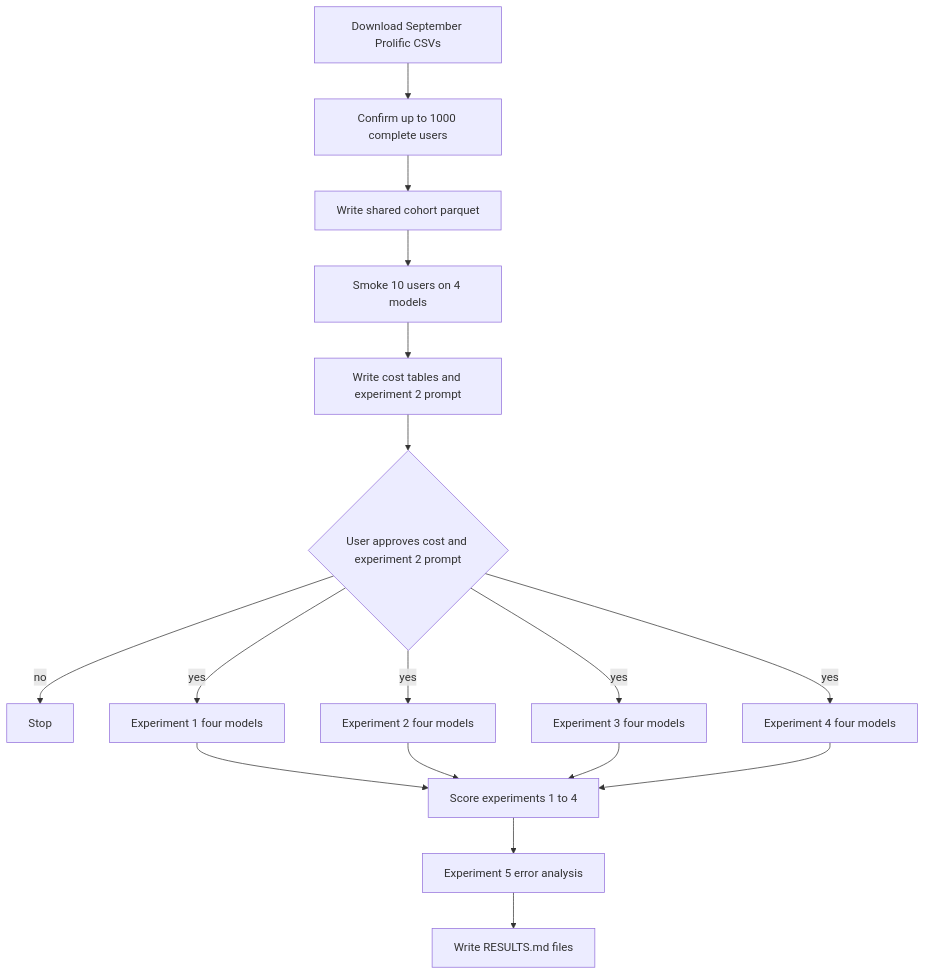
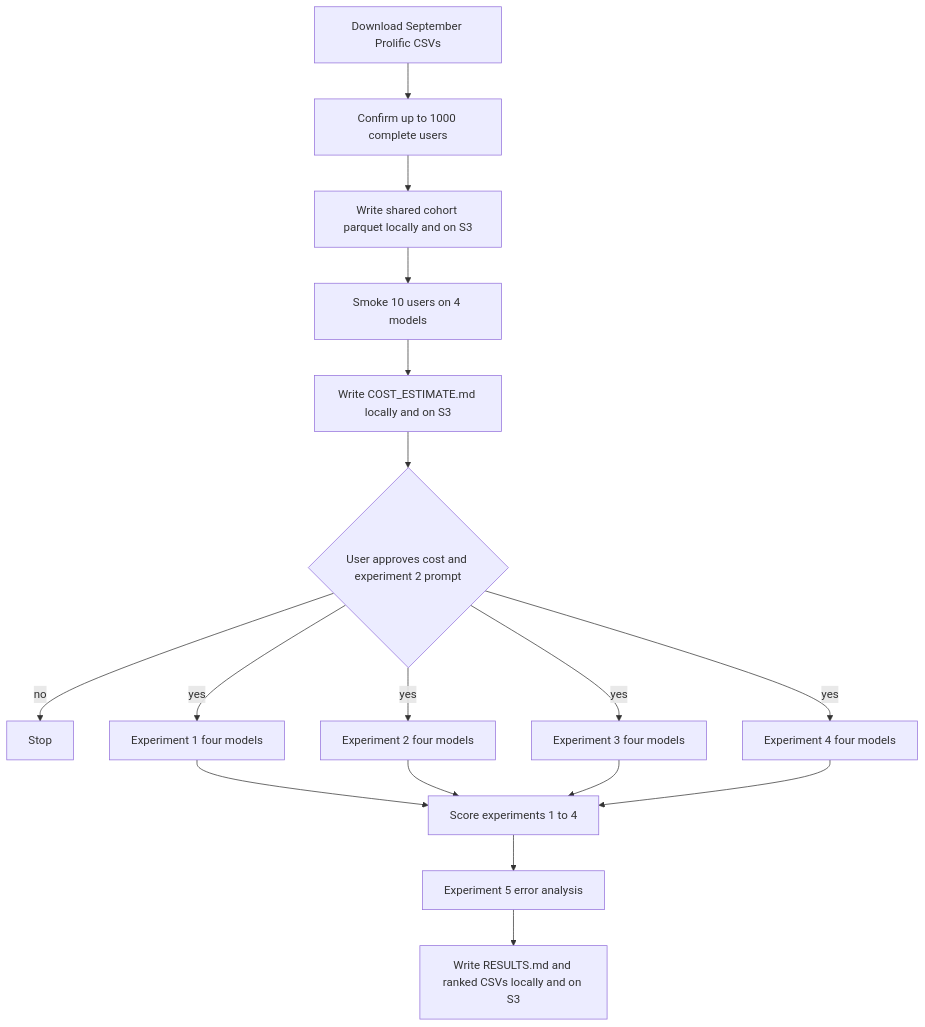
One commit to METResearchGroup/mirrorView-task changed the diagram in docs/plans/2026-09-12_ai_simulation_responses_a28567/plan.md. Above: the diagram before and after it, drawn with Mermaid. The commit also changed other lines of this file and 6 other files, not shown here.

````diff
--- a/docs/plans/2026-09-12_ai_simulation_responses_a28567/plan.md
+++ b/docs/plans/2026-09-12_ai_simulation_responses_a28567/plan.md
@@ -17,19 +17,19 @@
 ```mermaid
 flowchart TD
     A[Download September Prolific CSVs] --> B[Confirm up to 1000 complete users]
-    B --> C[Write shared cohort parquet]
+    B --> C[Write shared cohort parquet locally and on S3]
     C --> D[Smoke 10 users on 4 models]
-    D --> E[Write cost tables and experiment 2 prompt]
+    D --> E[Write COST_ESTIMATE.md locally and on S3]
     E --> F{User approves cost and experiment 2 prompt}
     F -->|no| STOP[Stop]
     F -->|yes| G1[Experiment 1 four models]
     F -->|yes| G2[Experiment 2 four models]
     F -->|yes| G3[Experiment 3 four models]
     F -->|yes| G4[Experiment 4 four models]
     G1 --> H[Score experiments 1 to 4]
     G2 --> H
     G3 --> H
     G4 --> H
     H --> I[Experiment 5 error analysis]
-    I --> J[Write RESULTS.md files]
+    I --> J[Write RESULTS.md and ranked CSVs locally and on S3]
 ```
````
